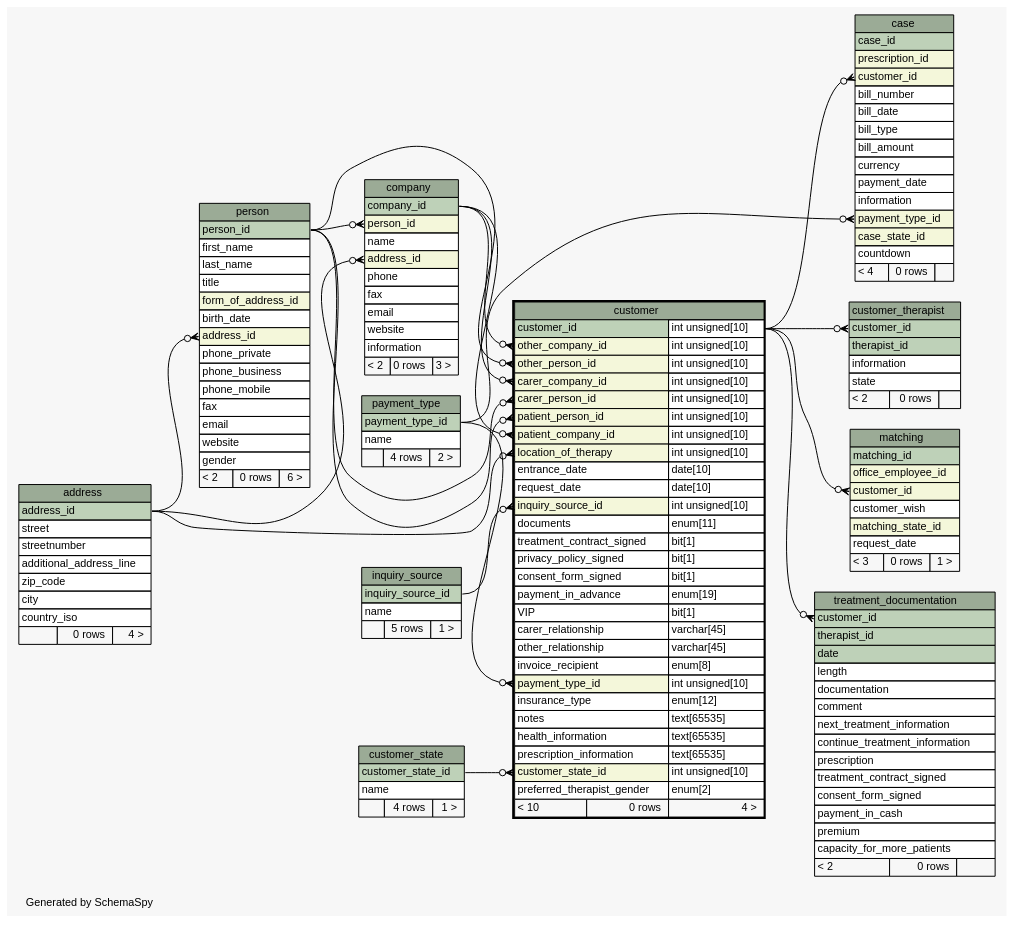
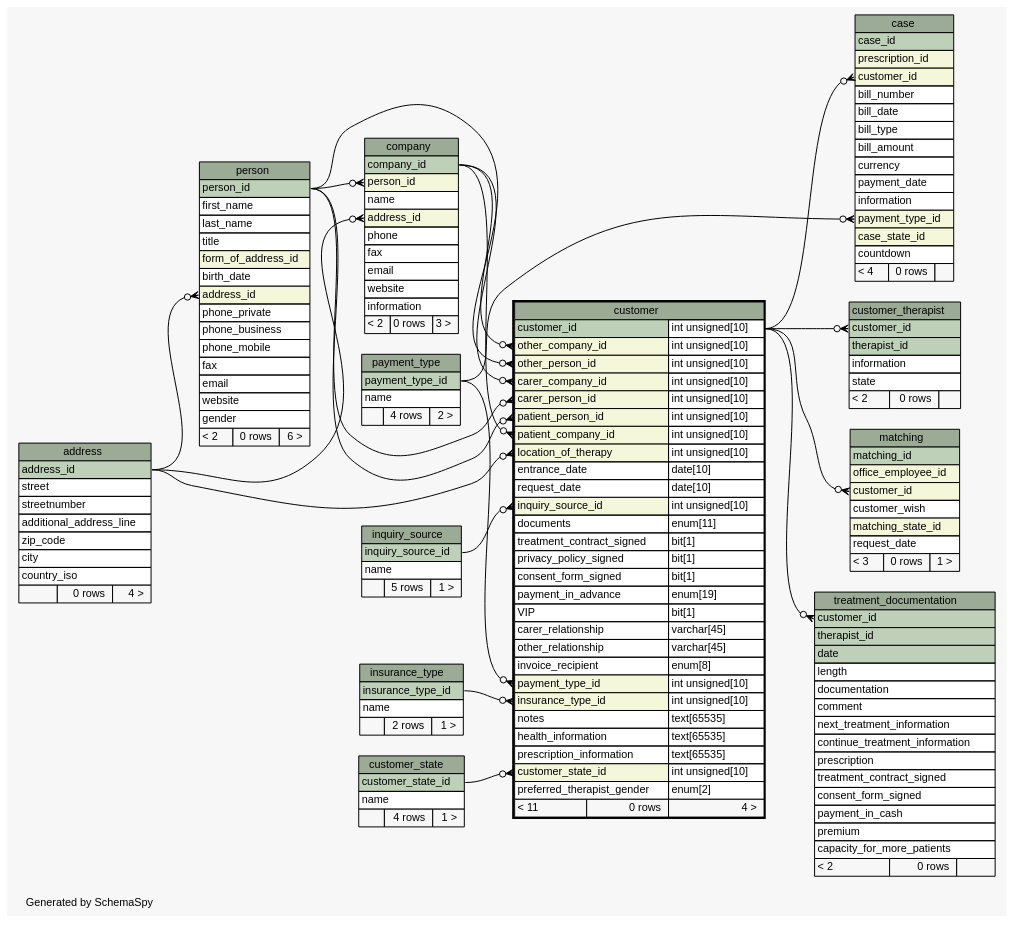
Before and after one commit to KaiBMP/KaiBMP.github.io: the diagram in diagrams/customer.1degree.dot, drawn with Graphviz. The commit also changed 150 other files, not shown here.

Commit message:
schemaspy update

```diff
--- a/diagrams/customer.1degree.dot
+++ b/diagrams/customer.1degree.dot
@@ -27,6 +27,7 @@
   "customer":"carer_person_id":w -> "person":"person_id":e [arrowhead=none dir=back arrowtail=crowodot];
   "customer":"customer_state_id":w -> "customer_state":"customer_state_id":e [arrowhead=none dir=back arrowtail=crowodot];
   "customer":"inquiry_source_id":w -> "inquiry_source":"inquiry_source_id":e [arrowhead=none dir=back arrowtail=crowodot];
+  "customer":"insurance_type_id":w -> "insurance_type":"insurance_type_id":e [arrowhead=none dir=back arrowtail=crowodot];
   "customer":"location_of_therapy":w -> "address":"address_id":e [arrowhead=none dir=back arrowtail=crowodot];
   "customer":"other_company_id":w -> "company":"company_id":e [arrowhead=none dir=back arrowtail=crowodot];
   "customer":"other_person_id":w -> "person":"person_id":e [arrowhead=none dir=back arrowtail=crowodot];
@@ -118,13 +119,13 @@
       <TR><TD PORT="other_relationship" COLSPAN="2" ALIGN="LEFT">other_relationship</TD><TD PORT="other_relationship.type" ALIGN="LEFT">varchar[45]</TD></TR>
       <TR><TD PORT="invoice_recipient" COLSPAN="2" ALIGN="LEFT">invoice_recipient</TD><TD PORT="invoice_recipient.type" ALIGN="LEFT">enum[8]</TD></TR>
       <TR><TD PORT="payment_type_id" COLSPAN="2" BGCOLOR="#f4f7da" ALIGN="LEFT">payment_type_id</TD><TD PORT="payment_type_id.type" ALIGN="LEFT">int unsigned[10]</TD></TR>
-      <TR><TD PORT="insurance_type" COLSPAN="2" ALIGN="LEFT">insurance_type</TD><TD PORT="insurance_type.type" ALIGN="LEFT">enum[12]</TD></TR>
+      <TR><TD PORT="insurance_type_id" COLSPAN="2" BGCOLOR="#f4f7da" ALIGN="LEFT">insurance_type_id</TD><TD PORT="insurance_type_id.type" ALIGN="LEFT">int unsigned[10]</TD></TR>
       <TR><TD PORT="notes" COLSPAN="2" ALIGN="LEFT">notes</TD><TD PORT="notes.type" ALIGN="LEFT">text[65535]</TD></TR>
       <TR><TD PORT="health_information" COLSPAN="2" ALIGN="LEFT">health_information</TD><TD PORT="health_information.type" ALIGN="LEFT">text[65535]</TD></TR>
       <TR><TD PORT="prescription_information" COLSPAN="2" ALIGN="LEFT">prescription_information</TD><TD PORT="prescription_information.type" ALIGN="LEFT">text[65535]</TD></TR>
       <TR><TD PORT="customer_state_id" COLSPAN="2" BGCOLOR="#f4f7da" ALIGN="LEFT">customer_state_id</TD><TD PORT="customer_state_id.type" ALIGN="LEFT">int unsigned[10]</TD></TR>
       <TR><TD PORT="preferred_therapist_gender" COLSPAN="2" ALIGN="LEFT">preferred_therapist_gender</TD><TD PORT="preferred_therapist_gender.type" ALIGN="LEFT">enum[2]</TD></TR>
-      <TR><TD ALIGN="LEFT" BGCOLOR="#f7f7f7">&lt; 10</TD><TD ALIGN="RIGHT" BGCOLOR="#f7f7f7">0 rows</TD><TD ALIGN="RIGHT" BGCOLOR="#f7f7f7">4 &gt;</TD></TR>
+      <TR><TD ALIGN="LEFT" BGCOLOR="#f7f7f7">&lt; 11</TD><TD ALIGN="RIGHT" BGCOLOR="#f7f7f7">0 rows</TD><TD ALIGN="RIGHT" BGCOLOR="#f7f7f7">4 &gt;</TD></TR>
     </TABLE>>
     URL="customer.html"
     tooltip="customer"
@@ -163,6 +164,17 @@
     </TABLE>>
     URL="inquiry_source.html"
     tooltip="inquiry_source"
+  ];
+  "insurance_type" [
+    label=<
+    <TABLE BORDER="0" CELLBORDER="1" CELLSPACING="0" BGCOLOR="#ffffff">
+      <TR><TD COLSPAN="3" BGCOLOR="#9bab96" ALIGN="CENTER">insurance_type</TD></TR>
+      <TR><TD PORT="insurance_type_id" COLSPAN="3" BGCOLOR="#bed1b8" ALIGN="LEFT">insurance_type_id</TD></TR>
+      <TR><TD PORT="name" COLSPAN="3" ALIGN="LEFT">name</TD></TR>
+      <TR><TD ALIGN="LEFT" BGCOLOR="#f7f7f7">  </TD><TD ALIGN="RIGHT" BGCOLOR="#f7f7f7">2 rows</TD><TD ALIGN="RIGHT" BGCOLOR="#f7f7f7">1 &gt;</TD></TR>
+    </TABLE>>
+    URL="insurance_type.html"
+    tooltip="insurance_type"
   ];
   "matching" [
     label=<
```
